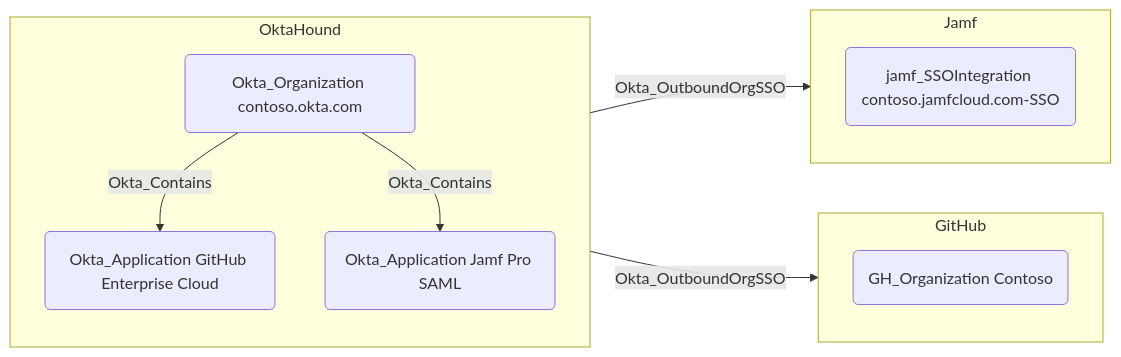
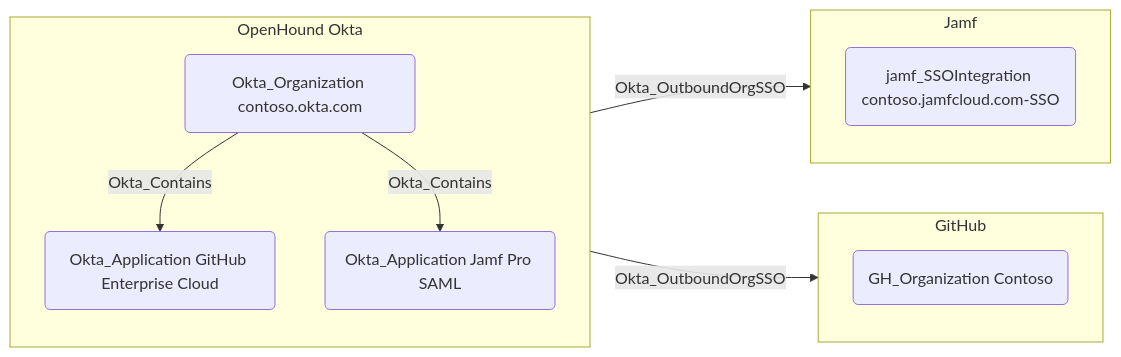
Before and after one commit to SpecterOps/bloodhound-docs: the diagram in docs/opengraph/extensions/okta/edges/okta_outboundorgsso.mdx, drawn with Mermaid. The commit also changed other lines of this file and 68 other files, not shown here.

````diff
--- a/docs/opengraph/extensions/okta/edges/okta_outboundorgsso.mdx
+++ b/docs/opengraph/extensions/okta/edges/okta_outboundorgsso.mdx
@@ -19,21 +16,21 @@
 ```mermaid
 graph LR
-  subgraph okta["OktaHound"]
+  subgraph okta["OpenHound Okta"]
     direction TB
     o("Okta_Organization contoso.okta.com")
     app1("Okta_Application GitHub Enterprise Cloud")
     app2("Okta_Application Jamf Pro SAML")
     o -- Okta_Contains --> app1
     o -- Okta_Contains --> app2
   end
   subgraph "GitHub"
     direction TB
     ghorg("GH_Organization Contoso")
     app1 -- Okta_OutboundOrgSSO --> ghorg
   end
   subgraph "Jamf"
     direction TB
     jamf("jamf_SSOIntegration contoso.jamfcloud.com-SSO")
     app2 -- Okta_OutboundOrgSSO --> jamf
   end
 ```
````
